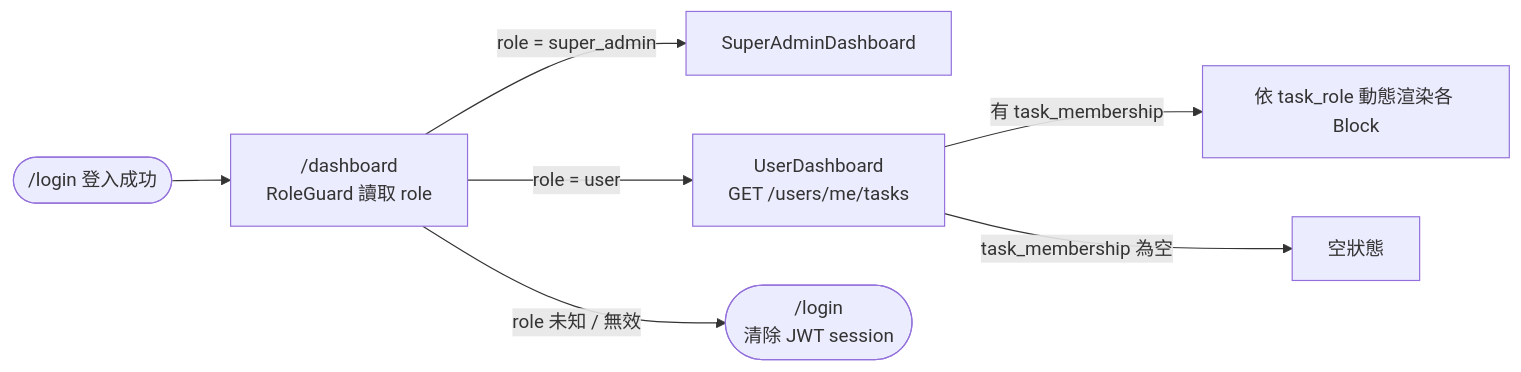
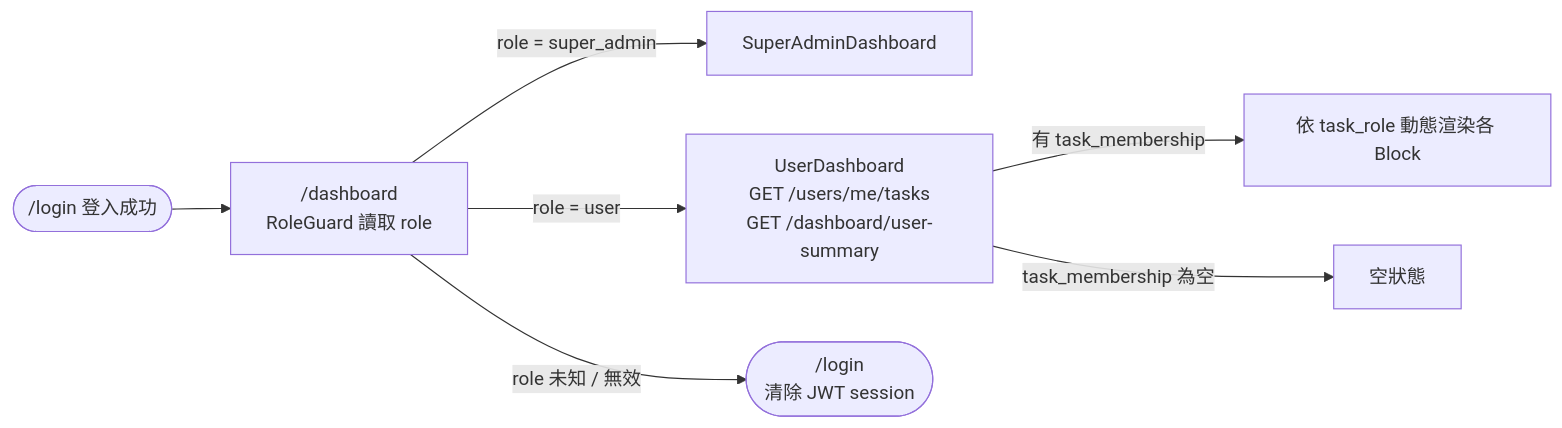
One commit to singyichen/label-suite changed the second of 7 diagrams in specs/dashboard/012-dashboard/spec.md. Above: the diagram before and after it, drawn with Mermaid. The commit also changed other lines of this file and 19 other files, not shown here.

First line of the commit message:
feat(prototype): role-based demo flow — login role selector + proto-bar (#29)

````diff
--- a/specs/dashboard/012-dashboard/spec.md
+++ b/specs/dashboard/012-dashboard/spec.md
@@ -164,9 +205,9 @@
 ```mermaid
 flowchart LR
     A(["/login 登入成功"]) --> B["/dashboard\nRoleGuard 讀取 role"]
     B -->|"role = super_admin"| C["SuperAdminDashboard"]
-    B -->|"role = user"| D["UserDashboard\nGET /users/me/tasks"]
+    B -->|"role = user"| D["UserDashboard\nGET /users/me/tasks\nGET /dashboard/user-summary"]
     B -->|"role 未知 / 無效"| E(["/login\n清除 JWT session"])
     D -->|"有 task_membership"| F["依 task_role 動態渲染各 Block"]
     D -->|"task_membership 為空"| G["空狀態"]
 ```
````
